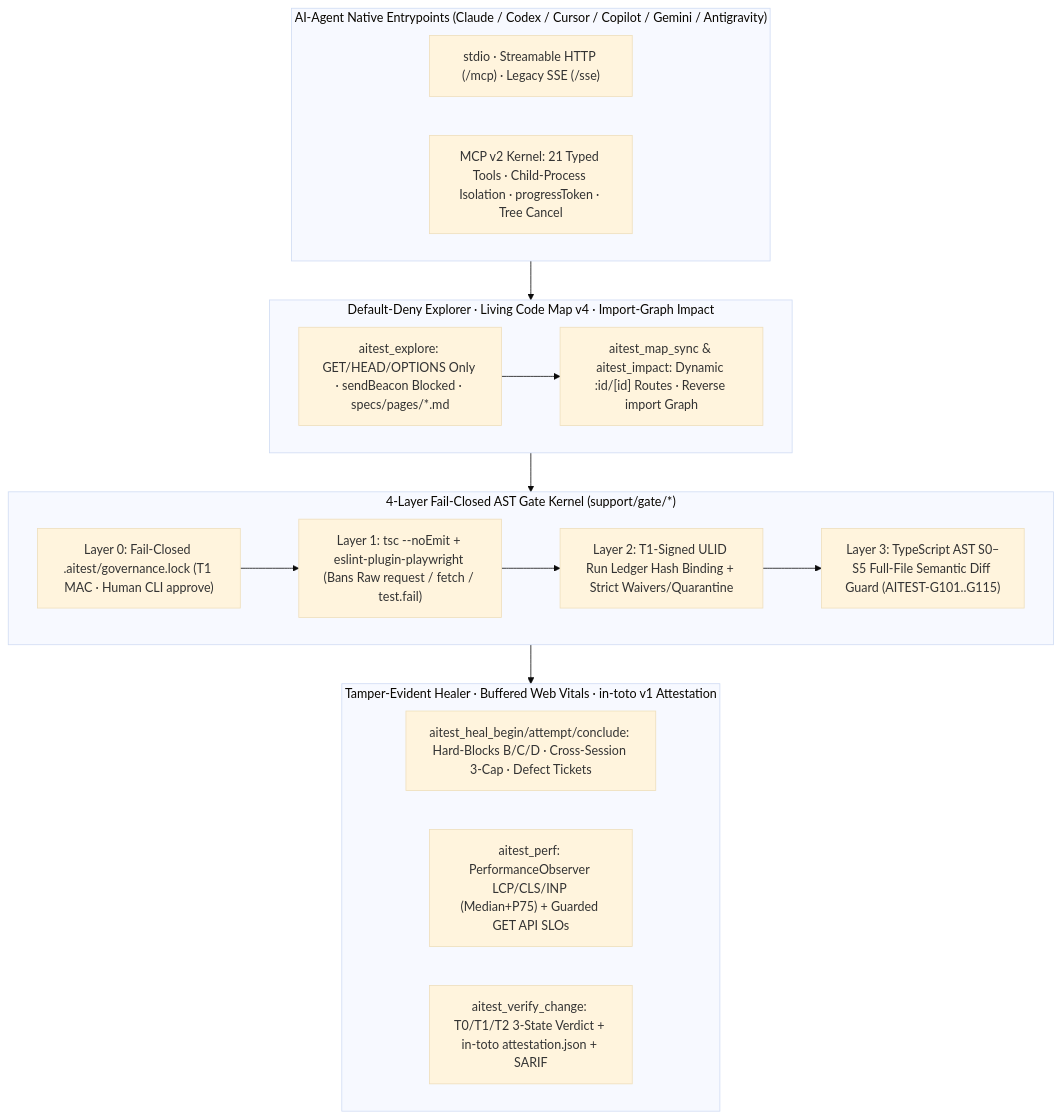
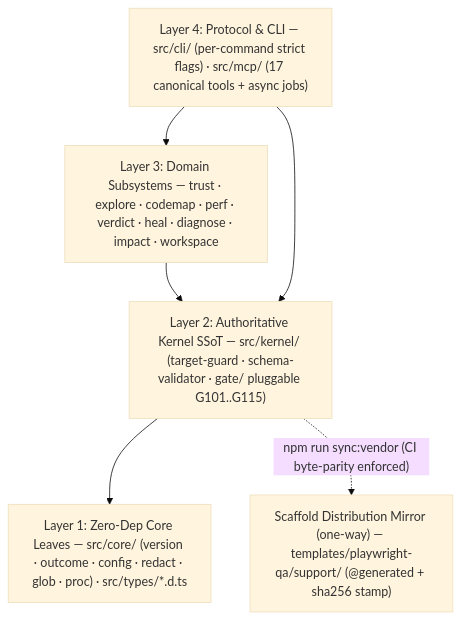
One commit to seaworld008/ai-test-workbench changed the diagram in README.en.md. Above: the diagram before and after it, drawn with Mermaid (base theme). The commit also changed other lines of this file and 124 other files, not shown here.

````diff
--- a/README.en.md
+++ b/README.en.md
@@ -86,29 +84,12 @@
 ```mermaid
 flowchart TB
-    subgraph AGENT["AI-Agent Native Entrypoints (Claude / Codex / Cursor / Copilot / Gemini / Antigravity)"]
-        A1["stdio · Streamable HTTP (/mcp) · Legacy SSE (/sse)"]
-        A2["MCP v2 Kernel: 21 Typed Tools · Child-Process Isolation · progressToken · Tree Cancel"]
-    end
+    L4["Layer 4: Protocol & CLI — src/cli/ (per-command strict flags) · src/mcp/ (17 canonical tools + async jobs)"]
+    L3["Layer 3: Domain Subsystems — trust · explore · codemap · perf · verdict · heal · diagnose · impact · workspace"]
+    L2["Layer 2: Authoritative Kernel SSoT — src/kernel/ (target-guard · schema-validator · gate/ pluggable G101..G115)"]
+    L1["Layer 1: Zero-Dep Core Leaves — src/core/ (version · outcome · config · redact · glob · proc) · src/types/*.d.ts"]
+    TPL["Scaffold Distribution Mirror (one-way) — templates/playwright-qa/support/ (@generated + sha256 stamp)"]
 
-    subgraph BRAIN["Default-Deny Explorer · Living Code Map v4 · Import-Graph Impact"]
-        K1["aitest_explore: GET/HEAD/OPTIONS Only · sendBeacon Blocked · specs/pages/*.md"]
-        K2["aitest_map_sync & aitest_impact: Dynamic :id/[id] Routes · Reverse import Graph"]
-        K1 --> K2
-    end
-
-    subgraph KERNEL["4-Layer Fail-Closed AST Gate Kernel (support/gate/*)"]
-        G0["Layer 0: Fail-Closed .aitest/governance.lock (T1 MAC · Human CLI approve)"]
-        G1["Layer 1: tsc --noEmit + eslint-plugin-playwright (Bans Raw request / fetch / test.fail)"]
-        G2["Layer 2: T1-Signed ULID Run Ledger Hash Binding + Strict Waivers/Quarantine"]
-        G3["Layer 3: TypeScript AST S0–S5 Full-File Semantic Diff Guard (AITEST-G101..G115)"]
-        G0 --> G1 --> G2 --> G3
-    end
-
-    subgraph VERDICT["Tamper-Evident Healer · Buffered Web Vitals · in-toto v1 Attestation"]
-        V1["aitest_heal_begin/attempt/conclude: Hard-Blocks B/C/D · Cross-Session 3-Cap · Defect Tickets"]
-        V2["aitest_perf: PerformanceObserver LCP/CLS/INP (Median+P75) + Guarded GET API SLOs"]
-        V3["aitest_verify_change: T0/T1/T2 3-State Verdict + in-toto attestation.json + SARIF"]
-    end
-
-    AGENT --> BRAIN --> KERNEL --> VERDICT
+    L4 --> L3 --> L2 --> L1
+    L4 --> L2
+    L2 -. "npm run sync:vendor (CI byte-parity enforced)" .-> TPL
 ```
````
